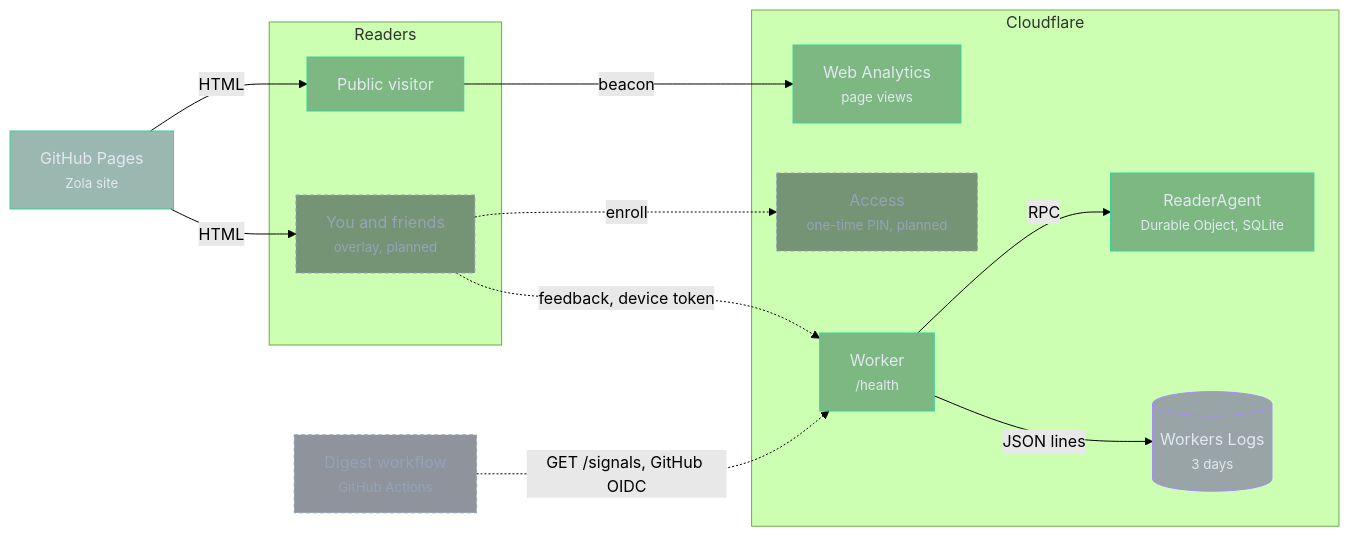
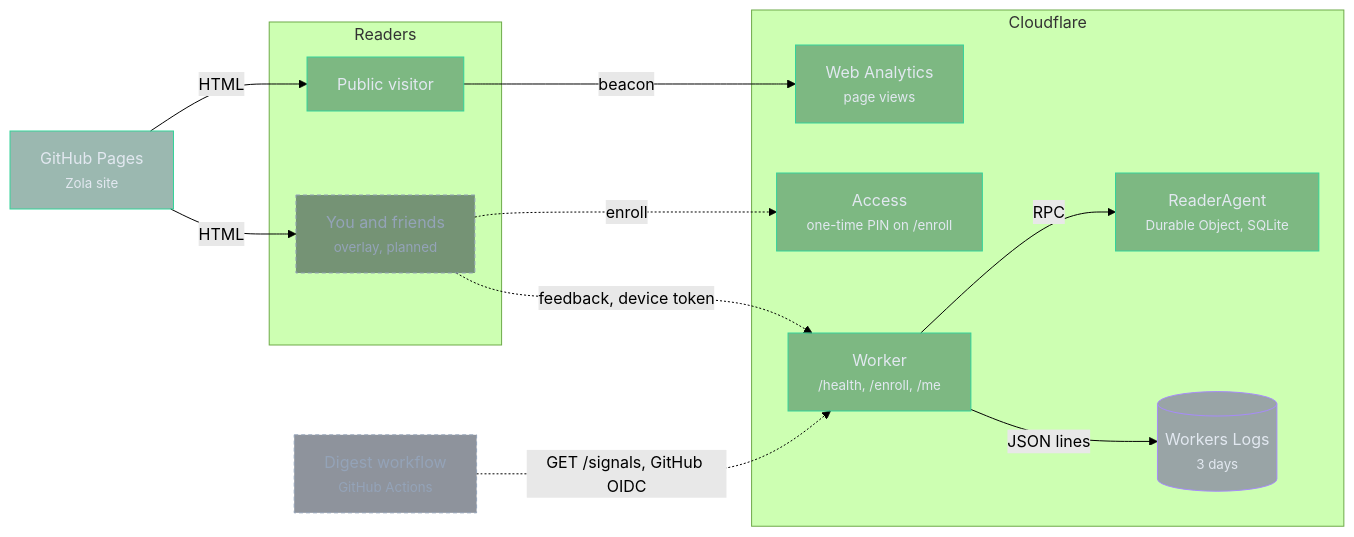
Before and after one commit to xkef/swe-digest: the diagram in signals/README.md, drawn with Mermaid (forest theme). The commit also changed other lines of this file and 12 other files, not shown here.

First line of the commit message:
feat(signals): enroll devices through Cloudflare Access

````diff
--- a/signals/README.md
+++ b/signals/README.md
@@ -12,35 +12,35 @@
 ```mermaid
 flowchart LR
   subgraph clients [Readers]
     visitor["Public visitor"]
     owner["You and friends<br/><small>overlay, planned</small>"]
   end
 
   pages["GitHub Pages<br/><small>Zola site</small>"]
 
   subgraph cf [Cloudflare]
     analytics["Web Analytics<br/><small>page views</small>"]
-    access["Access<br/><small>one-time PIN, planned</small>"]
-    worker["Worker<br/><small>/health</small>"]
+    access["Access<br/><small>one-time PIN on /enroll</small>"]
+    worker["Worker<br/><small>/health, /enroll, /me</small>"]
     agent["ReaderAgent<br/><small>Durable Object, SQLite</small>"]
     logs[("Workers Logs<br/><small>3 days</small>")]
   end
 
   runs["Digest workflow<br/><small>GitHub Actions</small>"]
 
   pages -- "HTML" --> visitor
   pages -- "HTML" --> owner
   visitor -- "beacon" --> analytics
   owner -. "enroll" .-> access
   owner -. "feedback, device token" .-> worker
   worker -- "RPC" --> agent
   worker -- "JSON lines" --> logs
   runs -. "GET /signals, GitHub OIDC" .-> worker
 
   classDef live fill:#064e3b66,stroke:#34d399,color:#e2e8f0
   classDef planned fill:#1e293b80,stroke:#94a3b8,stroke-dasharray:4 3,color:#94a3b8
   classDef store fill:#4c1d9566,stroke:#a78bfa,color:#e2e8f0
-  class visitor,pages,analytics,worker,agent live
-  class owner,access,runs planned
+  class visitor,pages,analytics,access,worker,agent live
+  class owner,runs planned
   class logs store
 ```
````
